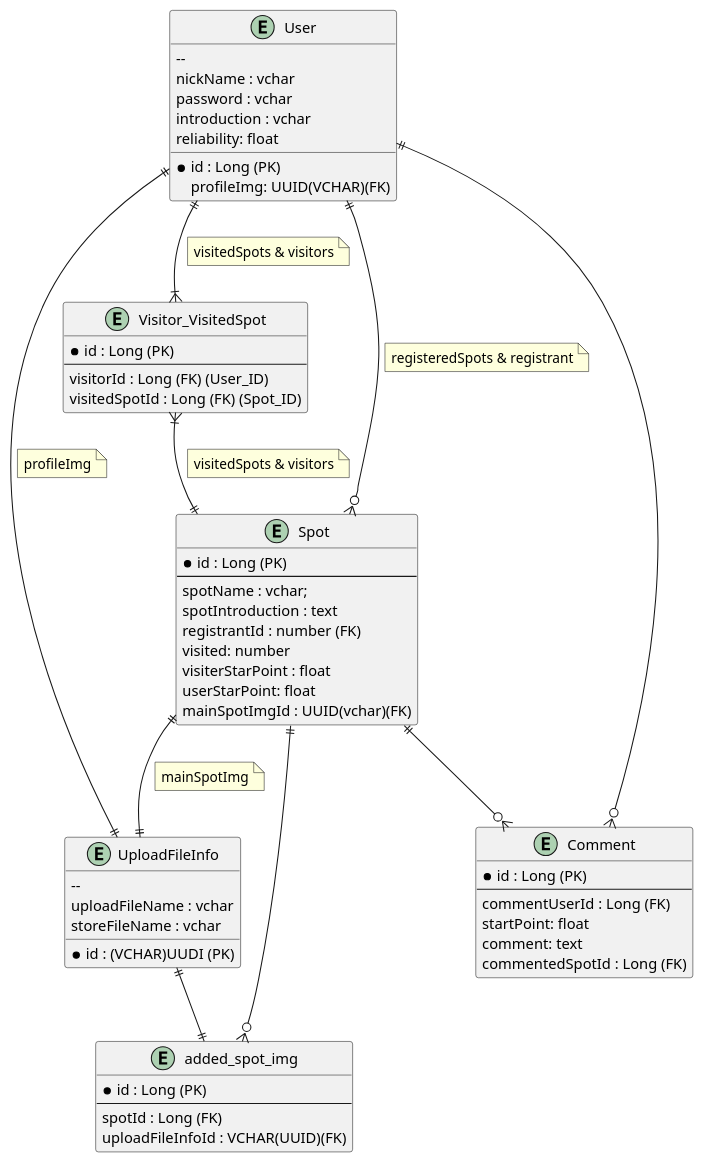
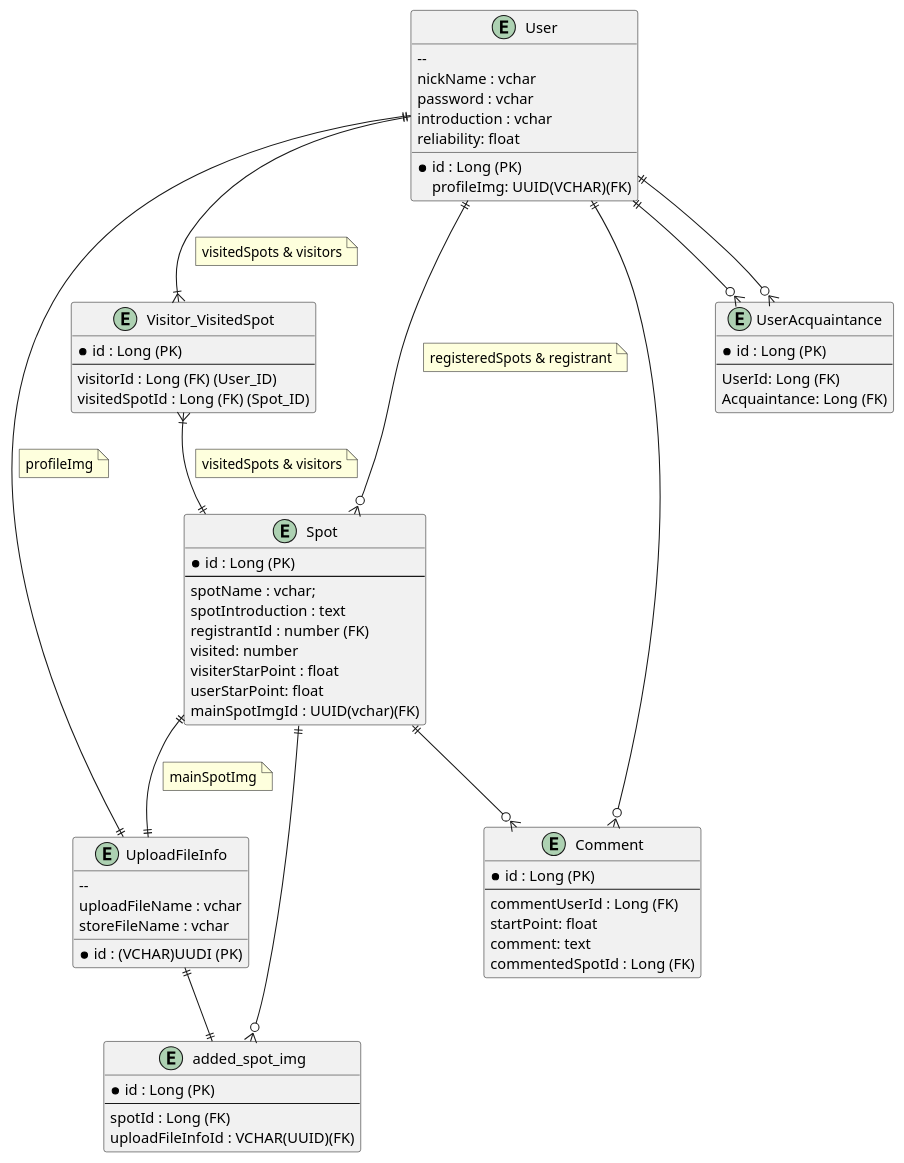
Before and after one commit to jansegety/ourShef: the diagram in uml/outShef_ERDiagram.wsd, drawn with PlantUML. The commit also changed 19 other files, not shown here.

```diff
--- a/uml/outShef_ERDiagram.wsd
+++ b/uml/outShef_ERDiagram.wsd
@@ -1,84 +1,94 @@
 @startuml
 
 entity User {
 *id : Long (PK)
   --
 nickName : vchar
 password : vchar
 introduction : vchar
 reliability: float
 profileImg: UUID(VCHAR)(FK) 
+
 }
 
 entity Visitor_VisitedSpot {
   *id : Long (PK)
   --
   visitorId : Long (FK) (User_ID)
   visitedSpotId : Long (FK) (Spot_ID)
 }
 
 entity Spot {
   *id : Long (PK)
   --
   spotName : vchar;
   spotIntroduction : text
   registrantId : number (FK)
   visited: number
   visiterStarPoint : float 
   userStarPoint: float
   mainSpotImgId : UUID(vchar)(FK) 
 }
 
 
 entity UploadFileInfo {
 *id : (VCHAR)UUDI (PK)
  --
   uploadFileName : vchar
   storeFileName : vchar
 }
 
 entity added_spot_img {
  *id : Long (PK)
  --
  spotId : Long (FK)
   uploadFileInfoId : VCHAR(UUID)(FK)
 }
 
 entity Comment {
 *id : Long (PK)
 --
 commentUserId : Long (FK)
 startPoint: float
 comment: text
 commentedSpotId : Long (FK)
 }
 
+entity UserAcquaintance {
+  *id : Long (PK)
+  --
+  UserId: Long (FK)
+  Acquaintance: Long (FK)
+}
+
 
 
 
 
 User ||--|{ Visitor_VisitedSpot
 note on link : visitedSpots & visitors
 
 User ||--o{ Spot
 note on link : registeredSpots & registrant
 
 Visitor_VisitedSpot }|--|| Spot
 note on link : visitedSpots & visitors
 
 User ||--|| UploadFileInfo
 note on link : profileImg
 
 Spot ||--|| UploadFileInfo
 note on link : mainSpotImg
 
 Spot ||--o{ added_spot_img
 
 UploadFileInfo ||--|| added_spot_img
 
 User ||--o{ Comment
 
 Spot ||--o{ Comment
 
+User ||--o{ UserAcquaintance
+User ||--o{ UserAcquaintance
 
 @enduml
```
